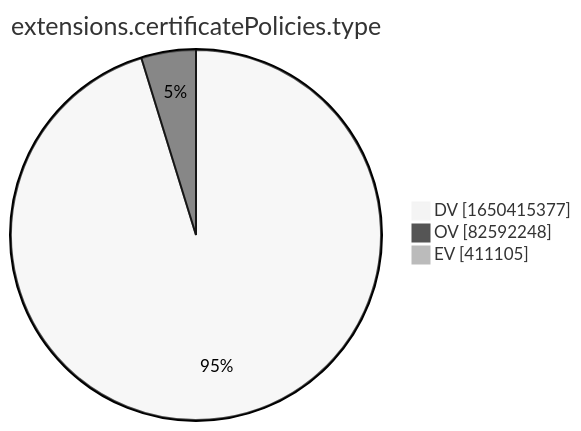
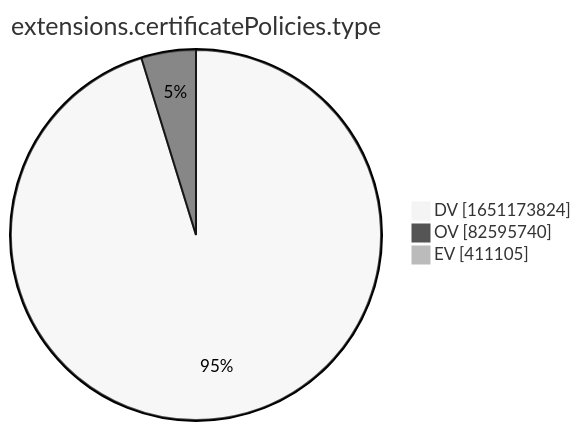
One commit to christiankrug/ctmonitor_visualization changed the tenth of 15 diagrams in xenon2022/README.md. Above: the diagram before and after it, drawn with Mermaid (neutral theme). The commit also changed other lines of this file, not shown here.

````diff
--- a/xenon2022/README.md
+++ b/xenon2022/README.md
@@ -2880,7 +2880,7 @@
 ```mermaid
 pie showData
 title extensions.certificatePolicies.type
-"DV" :1650415377
-"OV" :82592248
+"DV" :1651173824
+"OV" :82595740
 "EV" :411105
 ```
````
